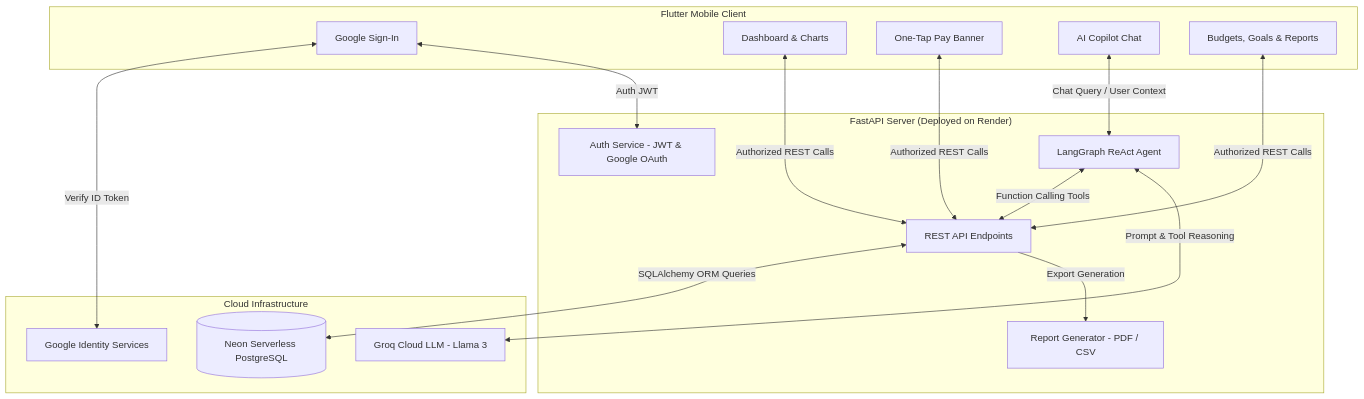
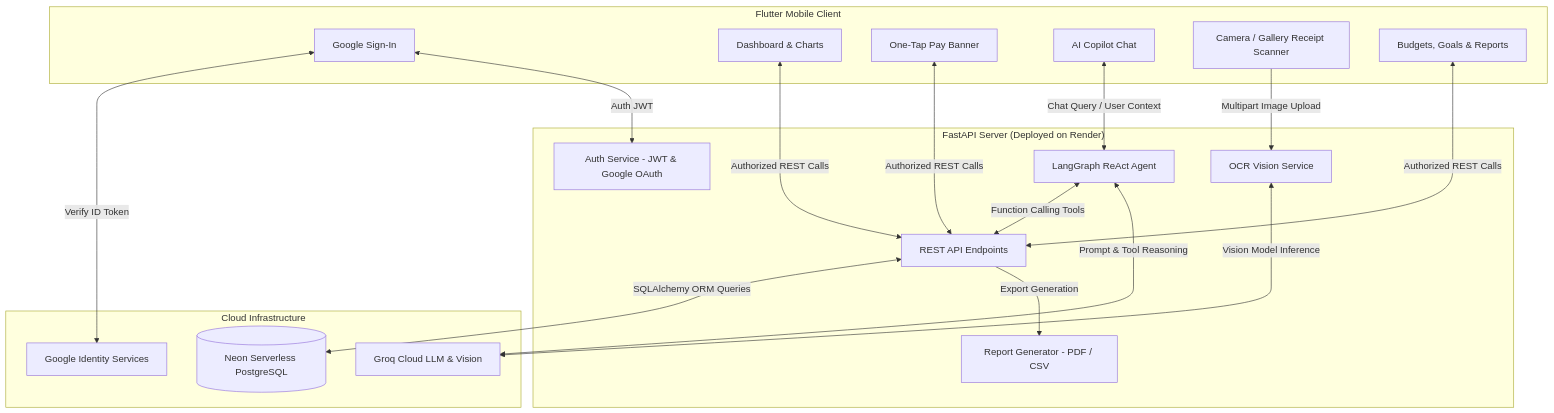
One commit to anshmangla/personal-finance-copilot changed the diagram in README.md. Above: the diagram before and after it, drawn with Mermaid. The commit also changed other lines of this file, not shown here.

Commit message:
docs: update README with AI OCR receipt scanning features, architecture, and API endpoint

````diff
--- a/README.md
+++ b/README.md
@@ -63,32 +73,36 @@
 ```mermaid
 flowchart TD
     subgraph Frontend["Flutter Mobile Client"]
         A[Google Sign-In]
         B[Dashboard & Charts]
         C[One-Tap Pay Banner]
         D[AI Copilot Chat]
-        E[Budgets, Goals & Reports]
+        E[Camera / Gallery Receipt Scanner]
+        F[Budgets, Goals & Reports]
     end
 
     subgraph Backend["FastAPI Server (Deployed on Render)"]
-        F[Auth Service - JWT & Google OAuth]
-        G[REST API Endpoints]
-        H[LangGraph ReAct Agent]
-        I[Report Generator - PDF / CSV]
+        G[Auth Service - JWT & Google OAuth]
+        H[REST API Endpoints]
+        I[LangGraph ReAct Agent]
+        J[OCR Vision Service]
+        K[Report Generator - PDF / CSV]
     end
 
     subgraph Cloud["Cloud Infrastructure"]
-        J[(Neon Serverless PostgreSQL)]
-        K[Groq Cloud LLM - Llama 3]
-        L[Google Identity Services]
+        L[(Neon Serverless PostgreSQL)]
+        M[Groq Cloud LLM & Vision]
+        N[Google Identity Services]
     end
 
-    A <-->|Verify ID Token| L
-    A <-->|Auth JWT| F
-    B & C & E <-->|Authorized REST Calls| G
-    D <-->|Chat Query / User Context| H
-    H <-->|Function Calling Tools| G
-    H <-->|Prompt & Tool Reasoning| K
-    G <-->|SQLAlchemy ORM Queries| J
-    G -->|Export Generation| I
+    A <-->|Verify ID Token| N
+    A <-->|Auth JWT| G
+    B & C & F <-->|Authorized REST Calls| H
+    D <-->|Chat Query / User Context| I
+    E -->|Multipart Image Upload| J
+    J <-->|Vision Model Inference| M
+    I <-->|Function Calling Tools| H
+    I <-->|Prompt & Tool Reasoning| M
+    H <-->|SQLAlchemy ORM Queries| L
+    H -->|Export Generation| K
 ```
````
